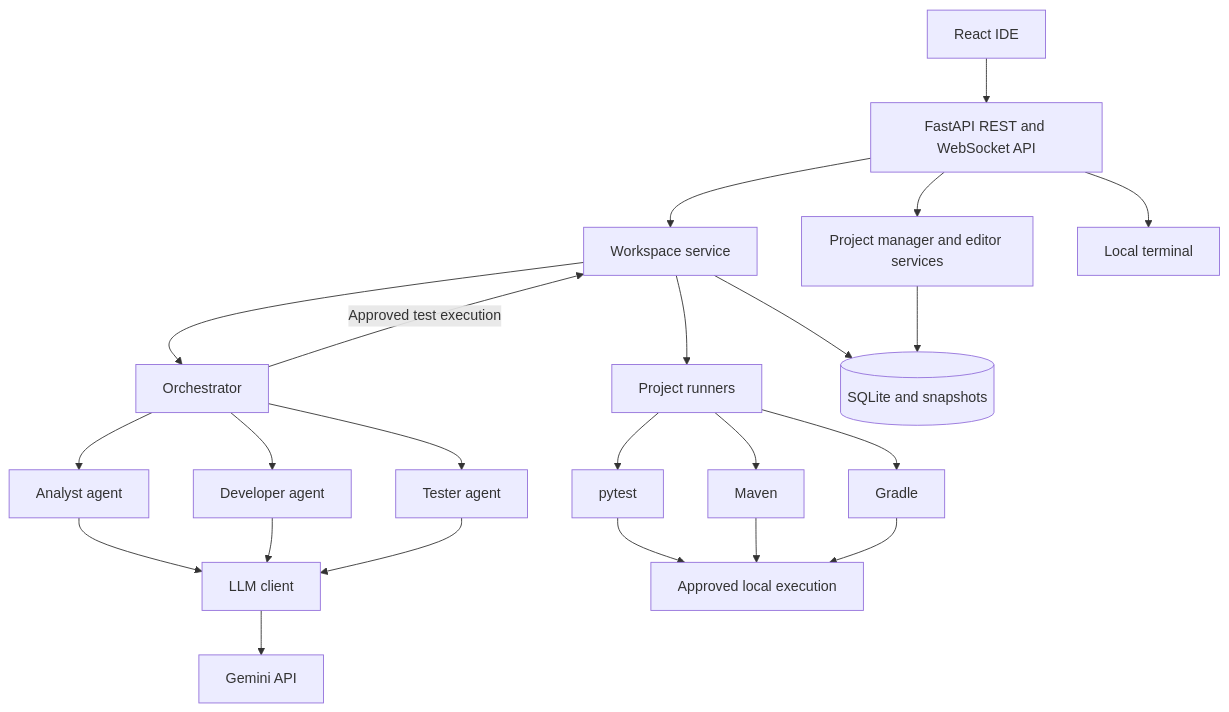
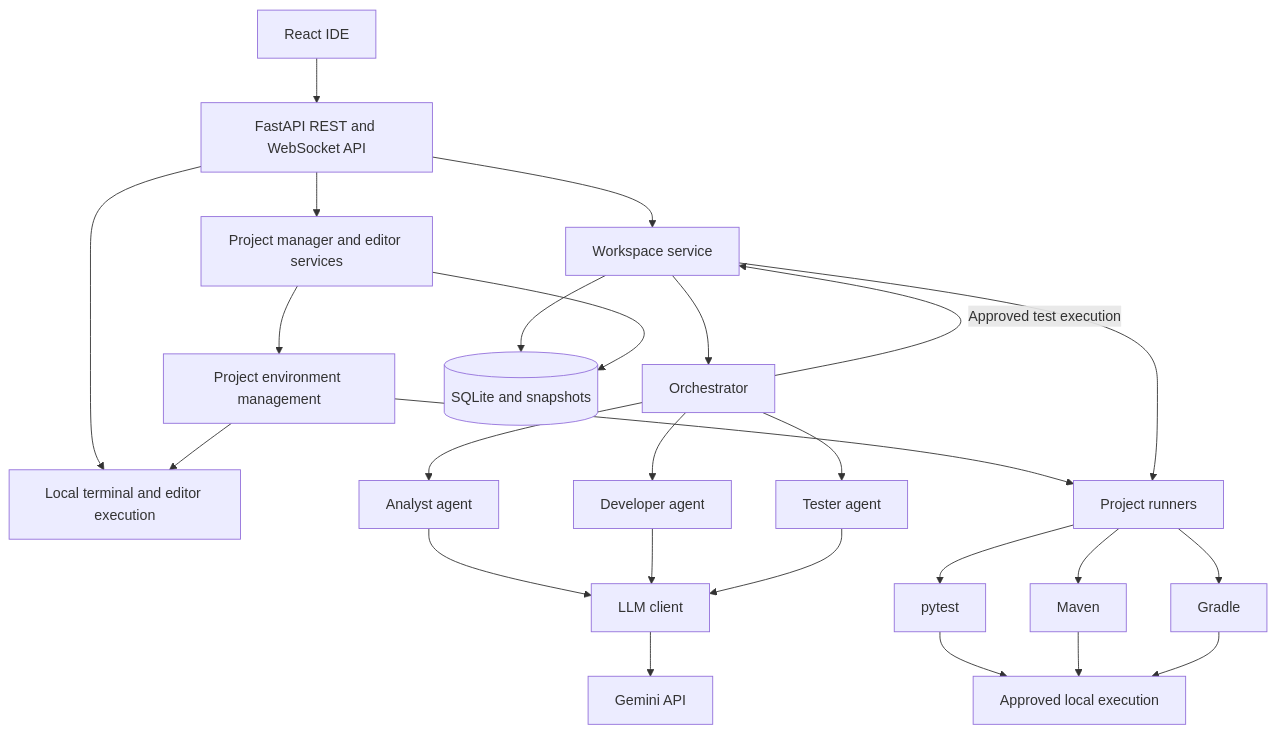
The first of 2 diagrams in README.md (cmartinferrer/cmf-dev-studio), drawn with Mermaid before and after one commit. The commit also changed other lines of this file and 5 other files, not shown here.

````diff
--- a/README.md
+++ b/README.md
@@ -58,25 +62,28 @@
 ```mermaid
 flowchart TD
     UI[React IDE] --> API[FastAPI REST and WebSocket API]
     API --> WS[Workspace service]
     API --> PM[Project manager and editor services]
-    API --> PTY[Local terminal]
+    API --> PTY[Local terminal and editor execution]
+    PM --> ENV[Project environment management]
+    ENV --> PTY
+    ENV --> R
     WS --> O[Orchestrator]
     O --> A[Analyst agent]
     O --> D[Developer agent]
     O --> T[Tester agent]
     A --> LLM[LLM client]
     D --> LLM
     T --> LLM
     LLM --> G[Gemini API]
     O -->|Approved test execution| WS
     WS --> R[Project runners]
     R --> P[pytest]
     R --> M[Maven]
     R --> K[Gradle]
     P --> Local[Approved local execution]
     M --> Local
     K --> Local
     WS --> DB[(SQLite and snapshots)]
     PM --> DB
 ```
````
